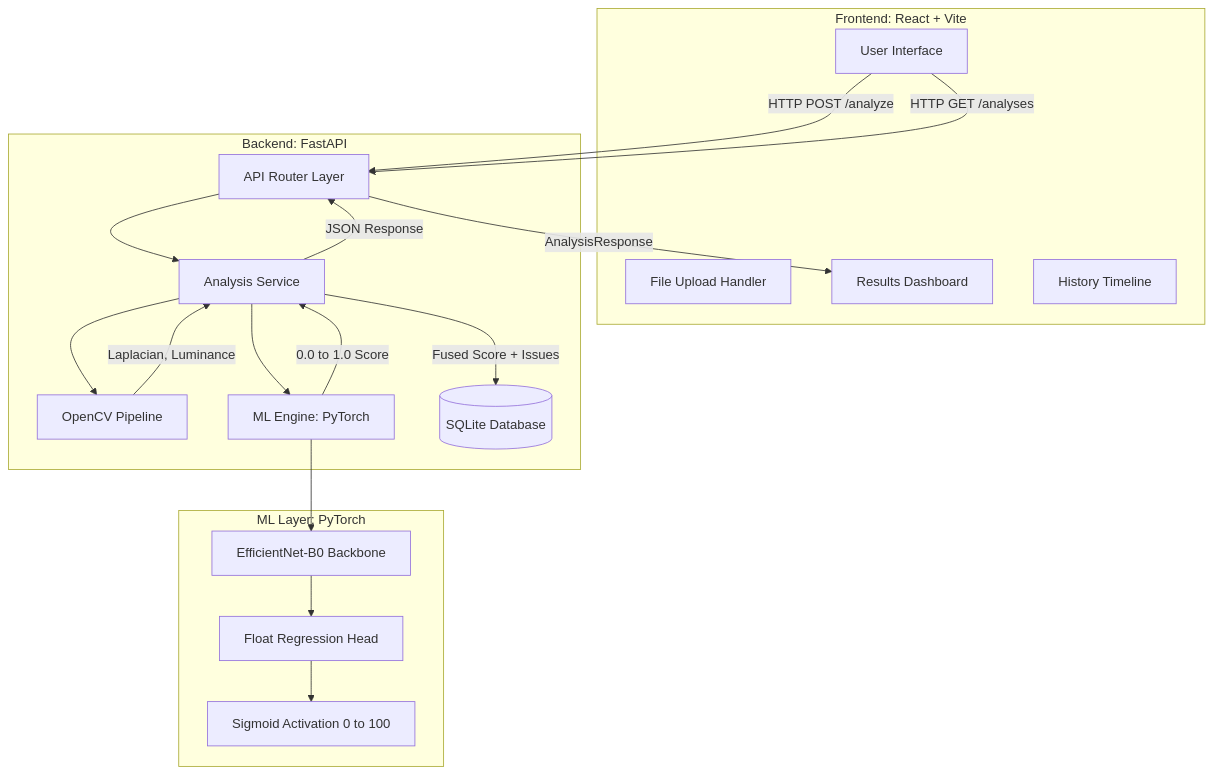
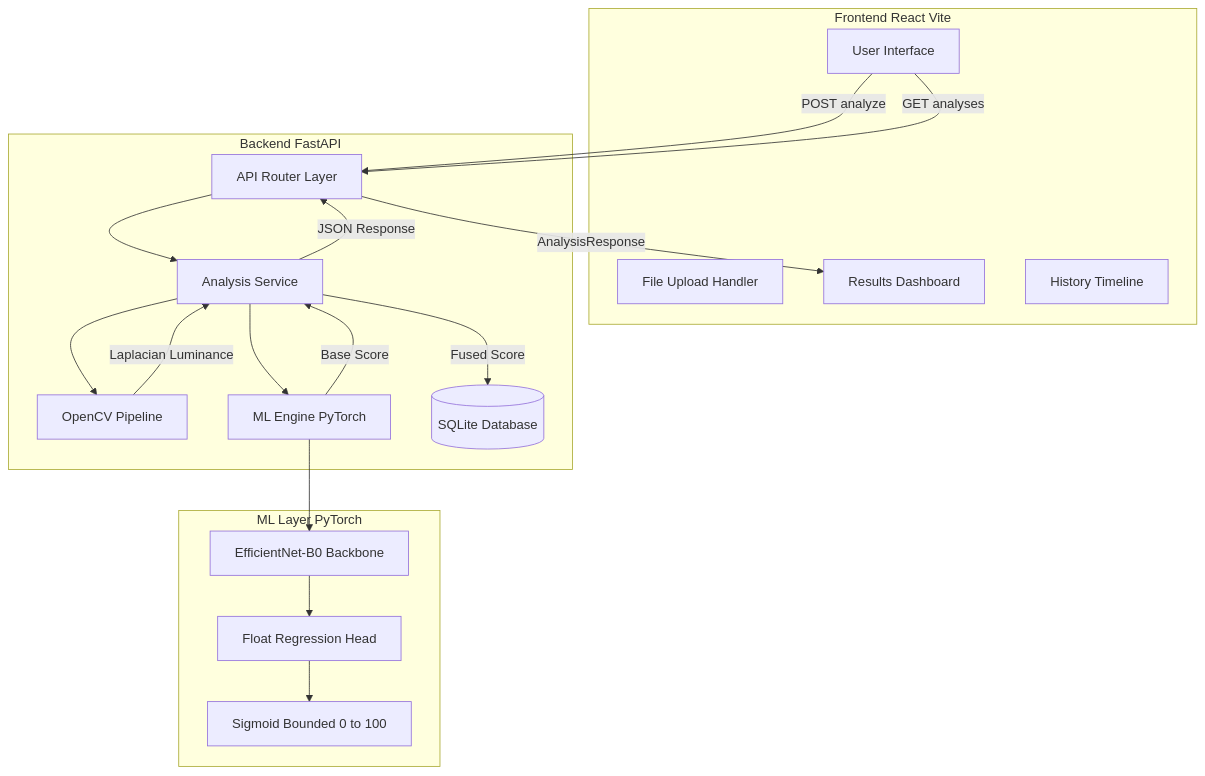
Before and after one commit to ANSHPG/VisiMetric: the diagram in README.md, drawn with Mermaid.

Commit message:
Fix Mermaid diagram special chars for GitHub rendering

````diff
--- a/README.md
+++ b/README.md
@@ -235,38 +235,38 @@
 ```mermaid
 flowchart TD
-    subgraph FE[Frontend: React + Vite]
+    subgraph FE[Frontend React Vite]
         UI[User Interface]
         Upload[File Upload Handler]
         Results[Results Dashboard]
         History[History Timeline]
     end
 
-    subgraph BE[Backend: FastAPI]
+    subgraph BE[Backend FastAPI]
         Router[API Router Layer]
         Service[Analysis Service]
         CV[OpenCV Pipeline]
-        ML[ML Engine: PyTorch]
+        ML[ML Engine PyTorch]
         DB[(SQLite Database)]
     end
 
-    subgraph MLL[ML Layer: PyTorch]
+    subgraph MLL[ML Layer PyTorch]
         Model[EfficientNet-B0 Backbone]
         Regression[Float Regression Head]
-        Sigmoid[Sigmoid Activation 0 to 100]
+        Sigmoid[Sigmoid Bounded 0 to 100]
     end
 
-    UI -->|HTTP POST /analyze| Router
-    UI -->|HTTP GET /analyses| Router
+    UI -->|POST analyze| Router
+    UI -->|GET analyses| Router
     Router --> Service
     Service --> CV
     Service --> ML
-    CV -->|Laplacian, Luminance| Service
-    ML -->|0.0 to 1.0 Score| Service
-    Service -->|Fused Score + Issues| DB
+    CV -->|Laplacian Luminance| Service
+    ML -->|Base Score| Service
+    Service -->|Fused Score| DB
     Service -->|JSON Response| Router
     Router -->|AnalysisResponse| Results
 
     ML --> Model
     Model --> Regression
     Regression --> Sigmoid
 ```
````
